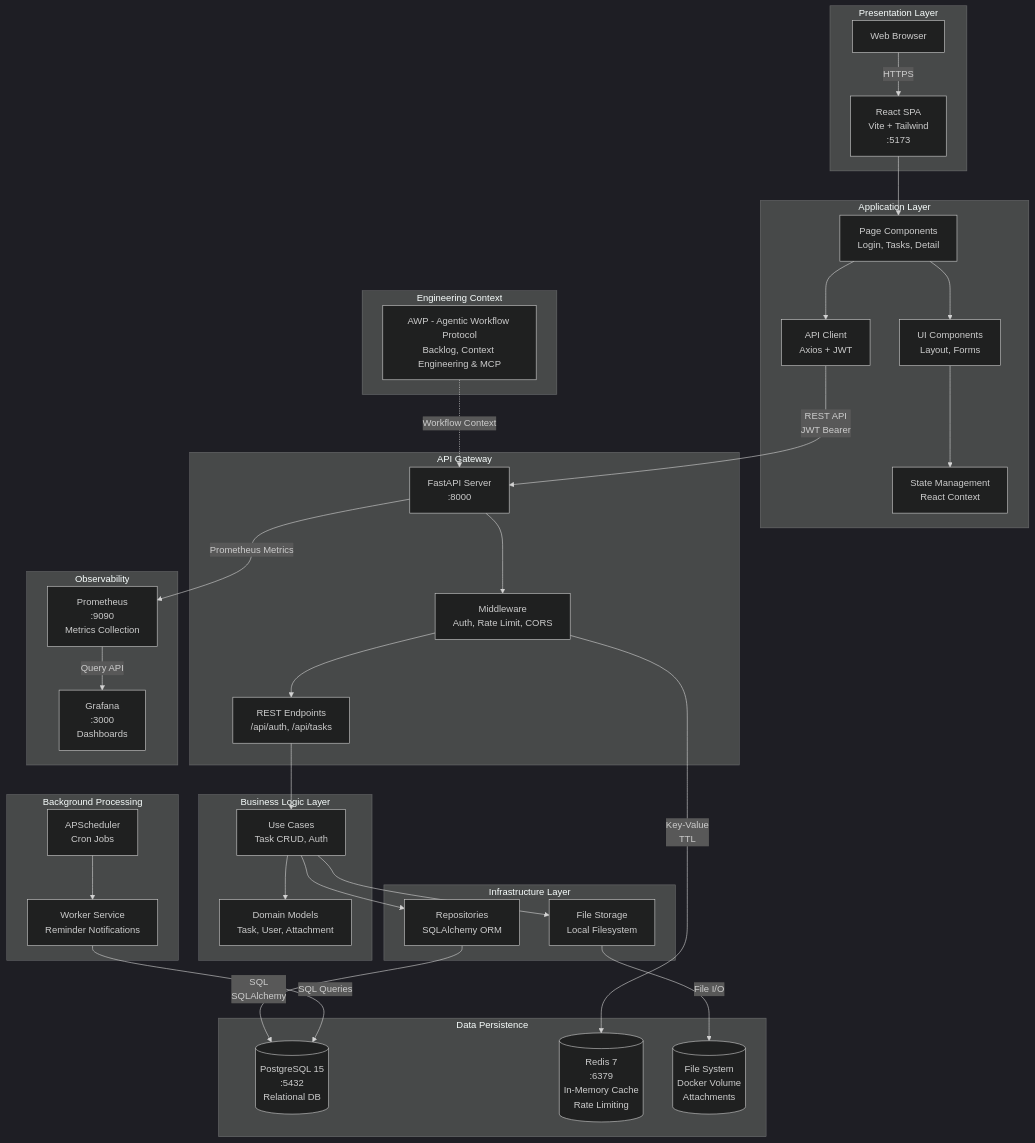
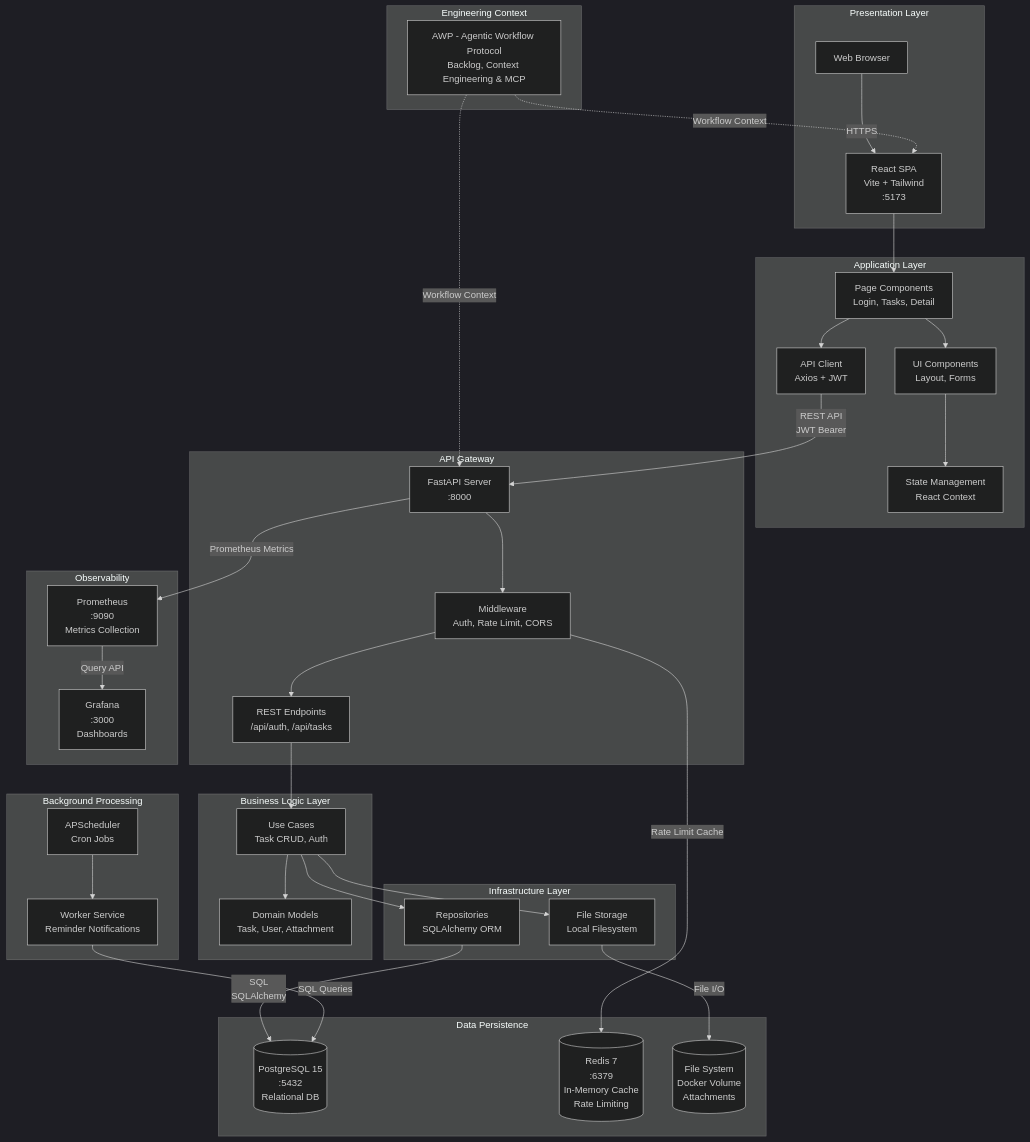
Before and after one commit to michaelwybraniec/deepsee: the diagram in README.md, drawn with Mermaid (dark theme).

Commit message:
docs: improve architecture diagram clarity and connections
- Changed 'Key-Value TTL' to 'Rate Limit Cache' for better clarity
- Added Engineering Context (AWP) connection to frontend React
- AWP now provides workflow context to both backend and frontend

````diff
--- a/README.md
+++ b/README.md
@@ -32,79 +32,80 @@
 ```mermaid
 graph TB
     subgraph Presentation["Presentation Layer"]
         Browser[Web Browser]
         React["React SPA<br/>Vite + Tailwind<br/>:5173"]
         
         Browser -->|HTTPS| React
     end
     
     subgraph Application["Application Layer"]
         Pages["Page Components<br/>Login, Tasks, Detail"]
         Components["UI Components<br/>Layout, Forms"]
         Services["API Client<br/>Axios + JWT"]
         State["State Management<br/>React Context"]
         
         React --> Pages
         Pages --> Components
         Pages --> Services
         Components --> State
     end
     
     subgraph API["API Gateway"]
         FastAPI["FastAPI Server<br/>:8000"]
         Middleware["Middleware<br/>Auth, Rate Limit, CORS"]
         Routes["REST Endpoints<br/>/api/auth, /api/tasks"]
         
         Services -->|REST API<br/>JWT Bearer| FastAPI
         FastAPI --> Middleware
         Middleware --> Routes
     end
     
     subgraph Business["Business Logic Layer"]
         UseCases["Use Cases<br/>Task CRUD, Auth"]
         Domain["Domain Models<br/>Task, User, Attachment"]
         
         Routes --> UseCases
         UseCases --> Domain
     end
     
     subgraph Infrastructure["Infrastructure Layer"]
         Repos["Repositories<br/>SQLAlchemy ORM"]
         Storage["File Storage<br/>Local Filesystem"]
         
         UseCases --> Repos
         UseCases --> Storage
     end
     
     subgraph Data["Data Persistence"]
         PostgreSQL[("PostgreSQL 15<br/>:5432<br/>Relational DB")]
         Redis[("Redis 7<br/>:6379<br/>In-Memory Cache<br/>Rate Limiting")]
         Files[("File System<br/>Docker Volume<br/>Attachments")]
         
         Repos -->|SQL<br/>SQLAlchemy| PostgreSQL
-        Middleware -->|Key-Value<br/>TTL| Redis
+        Middleware -->|Rate Limit Cache| Redis
         Storage -->|File I/O| Files
     end
     
     subgraph Background["Background Processing"]
         Scheduler["APScheduler<br/>Cron Jobs"]
         Worker["Worker Service<br/>Reminder Notifications"]
         
         Scheduler --> Worker
         Worker -->|SQL Queries| PostgreSQL
     end
     
     subgraph Monitoring["Observability"]
         Prometheus["Prometheus<br/>:9090<br/>Metrics Collection"]
         Grafana["Grafana<br/>:3000<br/>Dashboards"]
         
         FastAPI -->|Prometheus Metrics| Prometheus
         Prometheus -->|Query API| Grafana
     end
     
     subgraph Engineering["Engineering Context"]
         AWP["AWP - Agentic Workflow Protocol<br/>Backlog, Context Engineering & MCP"]
         
         AWP -.->|Workflow Context| FastAPI
+        AWP -.->|Workflow Context| React
     end
 ```
````
